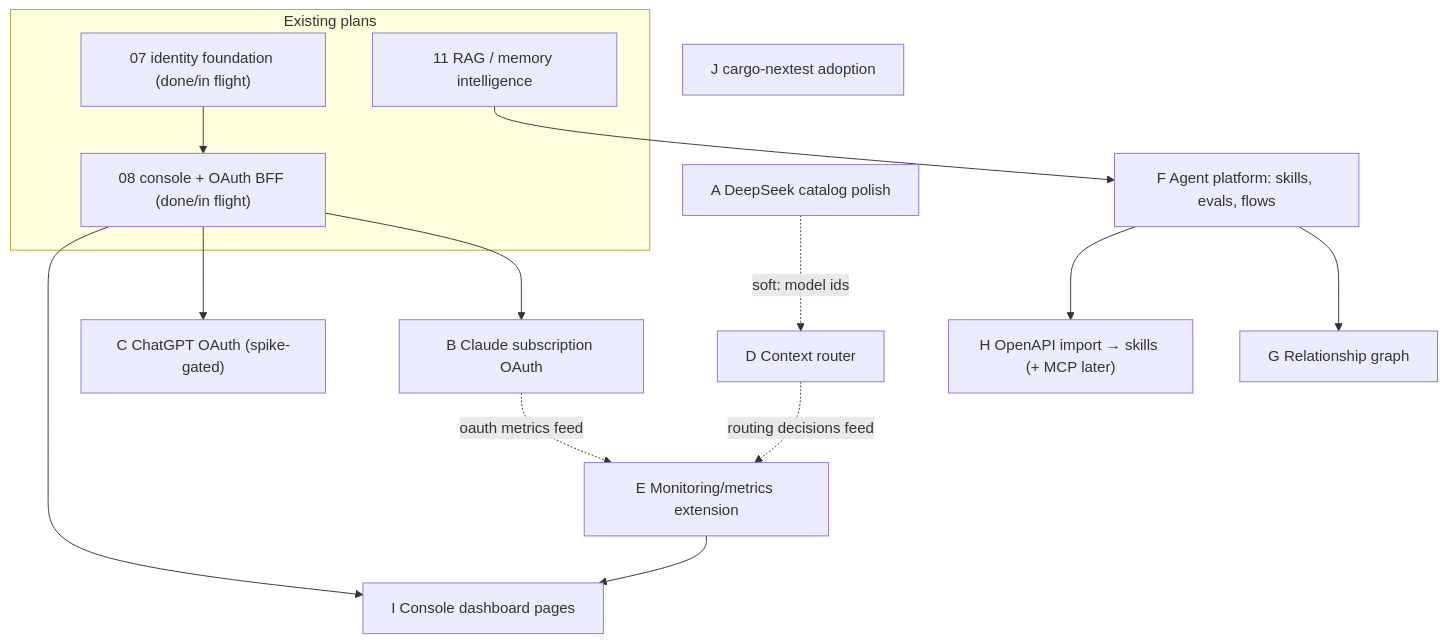
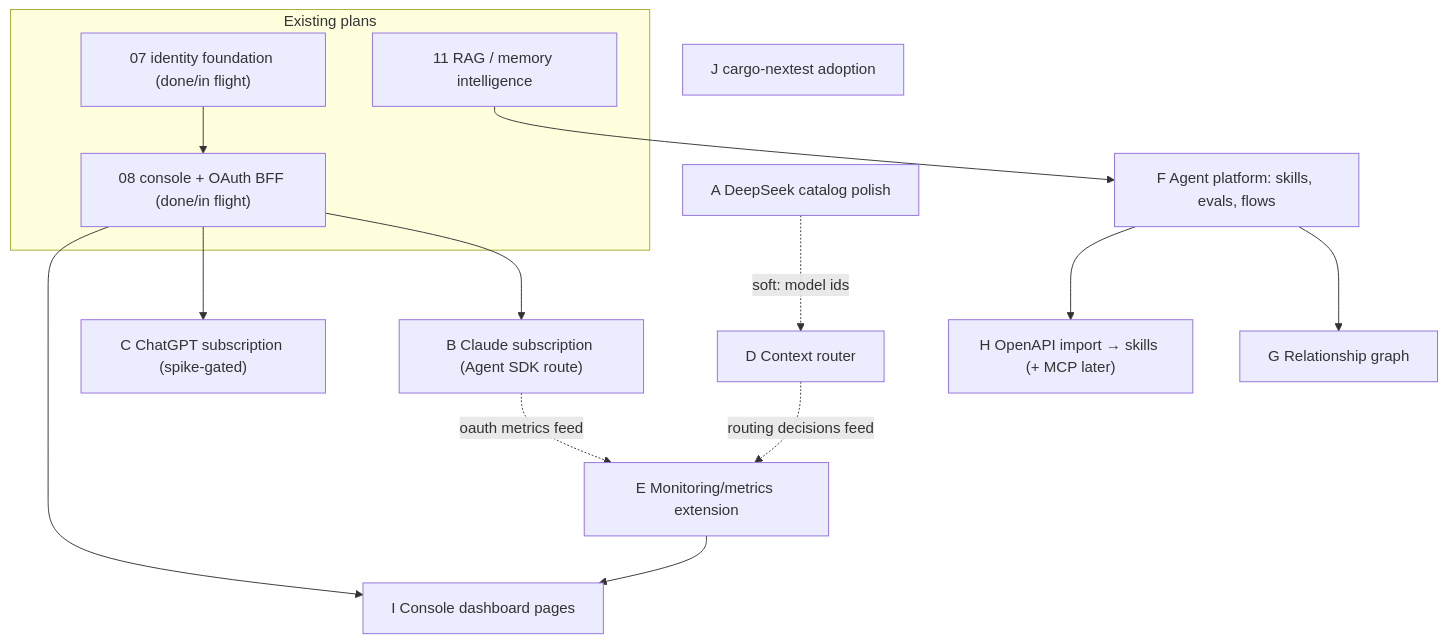
The diagram in plans/12-feature-expansion-brainstorm.md (nurcahyo/moira), drawn with Mermaid before and after one commit. The commit also changed other lines of this file, not shown here.

First line of the commit message:
docs(plans): plan 12 — apply critique fixes and verified 2026 Claude policy timeline

````diff
--- a/plans/12-feature-expansion-brainstorm.md
+++ b/plans/12-feature-expansion-brainstorm.md
@@ -32,31 +32,31 @@
 ```mermaid
 graph TD
     subgraph existing["Existing plans"]
         P07["07 identity foundation (done/in flight)"]
         P08["08 console + OAuth BFF (done/in flight)"]
         P11["11 RAG / memory intelligence"]
     end
 
     A["A DeepSeek catalog polish"]
-    B["B Claude subscription OAuth"]
-    C["C ChatGPT OAuth (spike-gated)"]
+    B["B Claude subscription (Agent SDK route)"]
+    C["C ChatGPT subscription (spike-gated)"]
     D["D Context router"]
     E["E Monitoring/metrics extension"]
     F["F Agent platform: skills, evals, flows"]
     G["G Relationship graph"]
     H["H OpenAPI import → skills (+ MCP later)"]
     I["I Console dashboard pages"]
     J["J cargo-nextest adoption"]
 
     P07 --> P08
     P08 --> B
     P08 --> C
     P08 --> I
     P11 --> F
     A -. soft: model ids .-> D
     E --> I
     F --> G
     F --> H
     D -. routing decisions feed .-> E
     B -. oauth metrics feed .-> E
 ```
````
